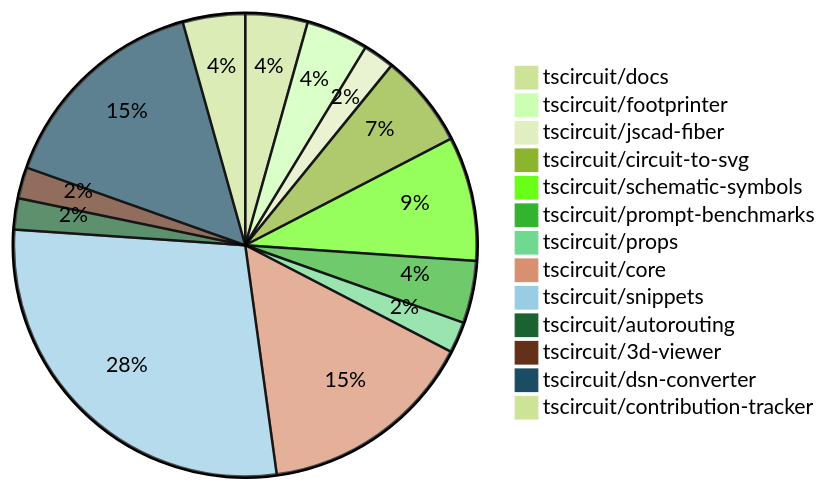
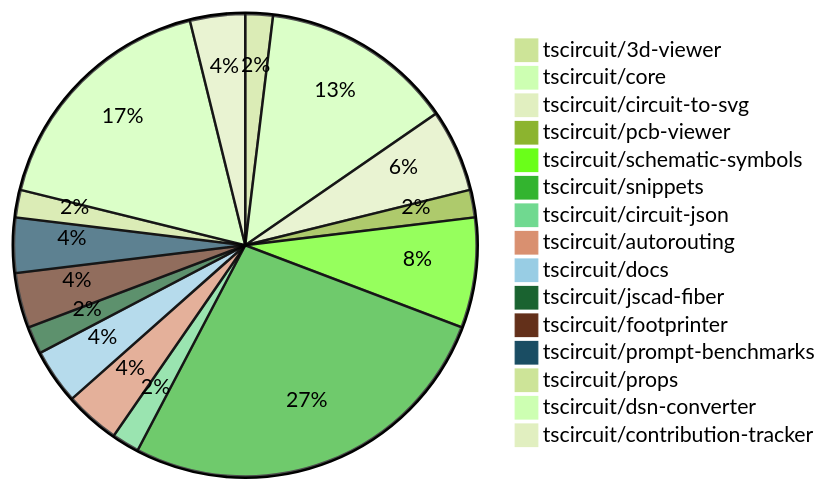
The diagram in contribution-overviews/2024-12-04.md (tscircuit/contribution-tracker), drawn with Mermaid (forest theme) before and after one commit. The commit also changed other lines of this file and 1 other file, not shown here.

````diff
--- a/contribution-overviews/2024-12-04.md
+++ b/contribution-overviews/2024-12-04.md
@@ -5,16 +5,18 @@
 ```mermaid
 pie
+    "tscircuit/3d-viewer" : 1
+    "tscircuit/core" : 7
+    "tscircuit/circuit-to-svg" : 3
+    "tscircuit/pcb-viewer" : 1
+    "tscircuit/schematic-symbols" : 4
+    "tscircuit/snippets" : 14
+    "tscircuit/circuit-json" : 1
+    "tscircuit/autorouting" : 2
     "tscircuit/docs" : 2
+    "tscircuit/jscad-fiber" : 1
     "tscircuit/footprinter" : 2
-    "tscircuit/jscad-fiber" : 1
-    "tscircuit/circuit-to-svg" : 3
-    "tscircuit/schematic-symbols" : 4
     "tscircuit/prompt-benchmarks" : 2
     "tscircuit/props" : 1
-    "tscircuit/core" : 7
-    "tscircuit/snippets" : 13
-    "tscircuit/autorouting" : 1
-    "tscircuit/3d-viewer" : 1
-    "tscircuit/dsn-converter" : 7
+    "tscircuit/dsn-converter" : 9
     "tscircuit/contribution-tracker" : 2
 ```
````
